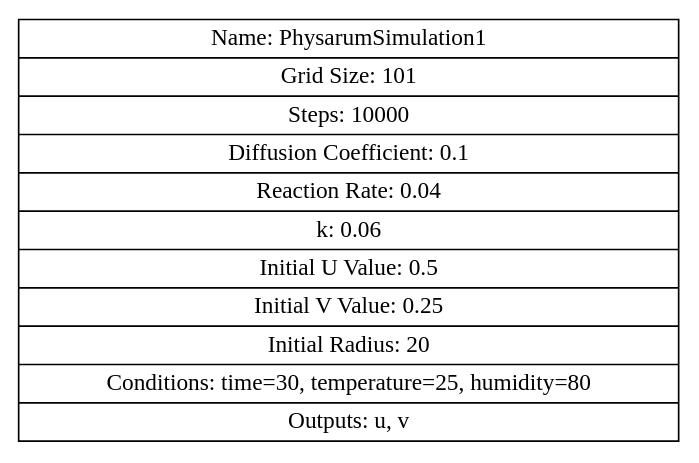
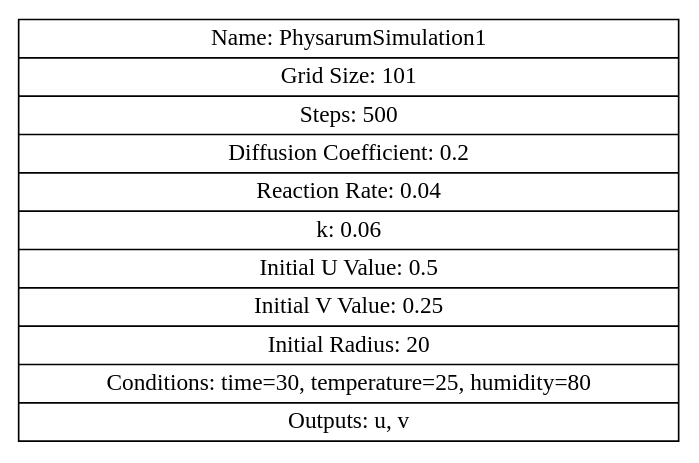
One commit to biokomputer/dsl changed the diagram in 21/physarum.dot. Above: the diagram before and after it, drawn with Graphviz. The commit also changed 9 other files, not shown here.

```diff
--- a/21/physarum.dot
+++ b/21/physarum.dot
@@ -1,17 +1,17 @@
 
     digraph G {
         node [shape=record];
         "Simulation" [label="{
             Name: PhysarumSimulation1 |
             Grid Size: 101 |
-            Steps: 10000 |
-            Diffusion Coefficient: 0.1 |
+            Steps: 500 |
+            Diffusion Coefficient: 0.2 |
             Reaction Rate: 0.04 |
             k: 0.06 |
             Initial U Value: 0.5 |
             Initial V Value: 0.25 |
             Initial Radius: 20 |
             Conditions: time=30, temperature=25, humidity=80 |
             Outputs: u, v
         }"];
     }
```
